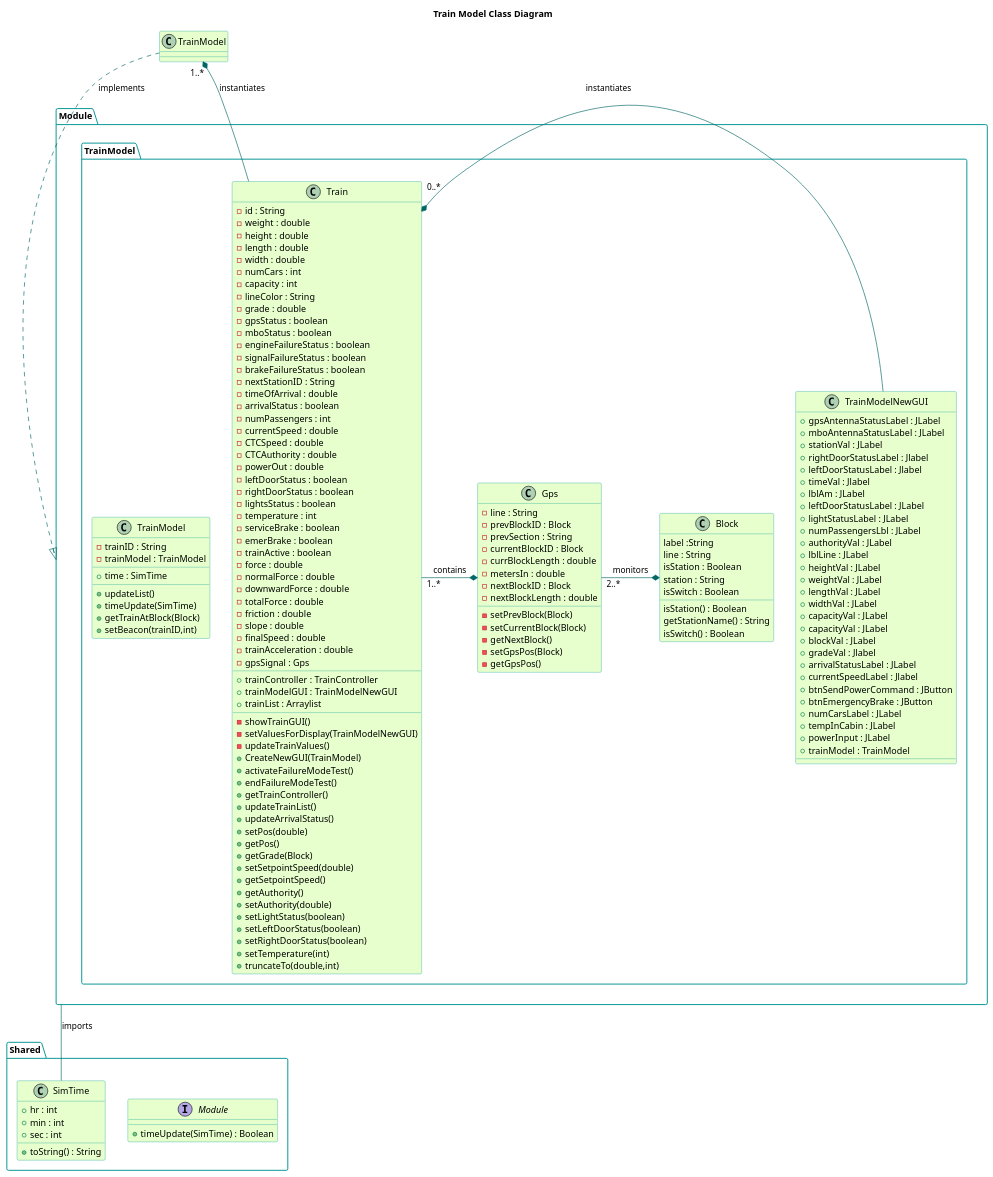
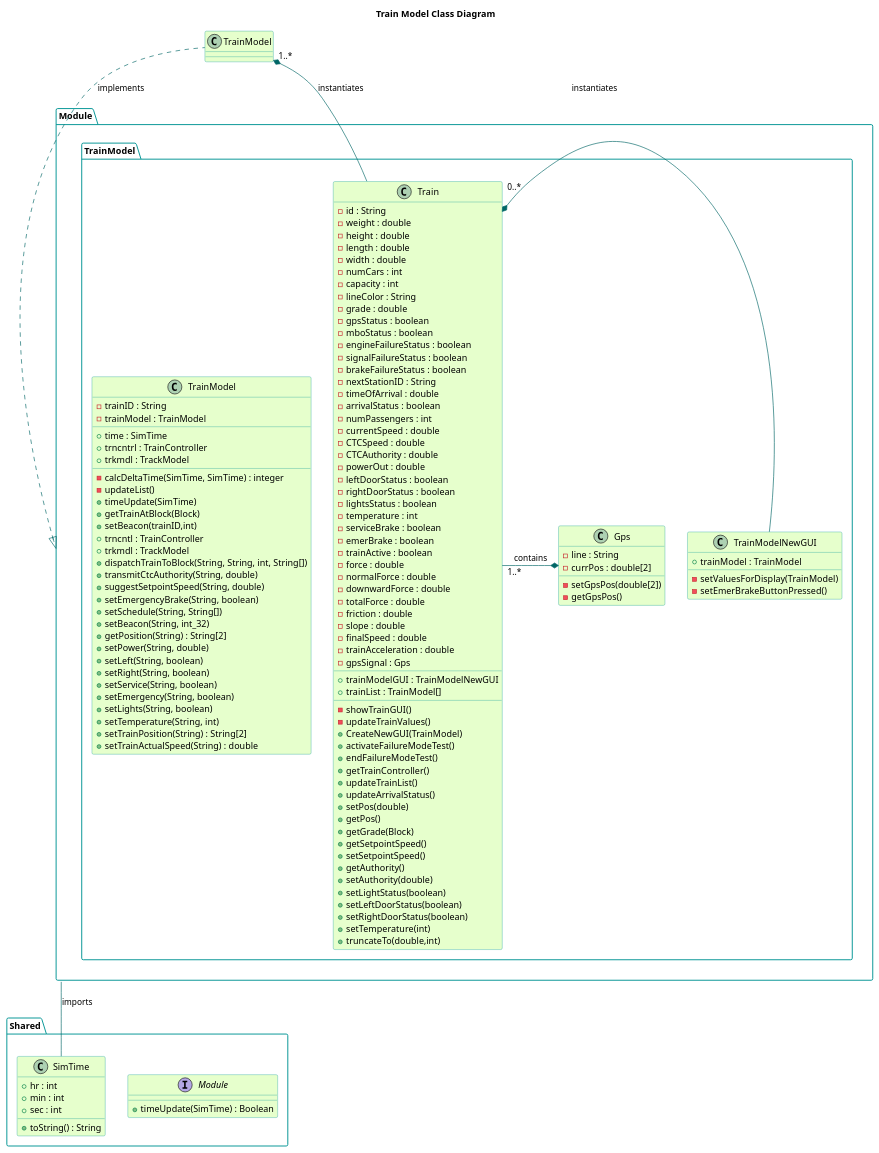
One commit to kevingilboy/COE1186 changed the diagram in TrainSystem/yUML/Class Diagrams/TrainModelClassDiagram.puml. Above: the diagram before and after it, drawn with PlantUML. The commit also changed 5 other files, not shown here.

```diff
--- a/TrainSystem/yUML/Class Diagrams/TrainModelClassDiagram.puml
+++ b/TrainSystem/yUML/Class Diagrams/TrainModelClassDiagram.puml
@@ -1,170 +1,145 @@
 @startuml
 
 title Train Model Class Diagram
 'skinparam backgroundColor transparent'
 skinparam classBackgroundColor #e6ffcc
 skinparam classBorderColor 	#049595
 skinparam packageBorderCOlor  #049595
 skinparam arrowColor #006666
 
 package Shared{
   interface Module{
     +timeUpdate(SimTime) : Boolean
   }
   class SimTime{
     +hr : int
     +min : int
     +sec : int
     +toString() : String
   }
 }
 package Module.TrainModel {
     class TrainModel {
         -trainID : String
         -trainModel : TrainModel
         __
         +time : SimTime
+        +trncntrl : TrainController
+        +trkmdl : TrackModel
         __
-        +updateList()
+        -calcDeltaTime(SimTime, SimTime) : integer
+        -updateList()
         +timeUpdate(SimTime)
         +getTrainAtBlock(Block)
         +setBeacon(trainID,int)
+        +trncntl : TrainController
+		+trkmdl : TrackModel
+		+dispatchTrainToBlock(String, String, int, String[])
+		+transmitCtcAuthority(String, double)
+		+suggestSetpointSpeed(String, double)
+		+setEmergencyBrake(String, boolean)
+		+setSchedule(String, String[])
+		+setBeacon(String, int_32)
+		+getPosition(String) : String[2]
+		+setPower(String, double)
+		+setLeft(String, boolean)
+		+setRight(String, boolean)
+		+setService(String, boolean)
+		+setEmergency(String, boolean)
+		+setLights(String, boolean)
+		+setTemperature(String, int)
+		+setTrainPosition(String) : String[2]
+		+setTrainActualSpeed(String) : double
     }
 
     class Train {
         -id : String
         -weight : double
         -height : double
         -length : double
         -width : double
         -numCars : int
         -capacity : int
         -lineColor : String
         -grade : double
         -gpsStatus : boolean
         -mboStatus : boolean
         -engineFailureStatus : boolean
         -signalFailureStatus : boolean
         -brakeFailureStatus : boolean
         -nextStationID : String
         -timeOfArrival : double
         -arrivalStatus : boolean
         -numPassengers : int
         -currentSpeed : double
         -CTCSpeed : double
         -CTCAuthority : double
         -powerOut : double
         -leftDoorStatus : boolean
         -rightDoorStatus : boolean
         -lightsStatus : boolean
         -temperature : int
         -serviceBrake : boolean
         -emerBrake : boolean
         -trainActive : boolean
         -force : double
         -normalForce : double
         -downwardForce : double
         -totalForce : double
         -friction : double
         -slope : double
         -finalSpeed : double
         -trainAcceleration : double
         -gpsSignal : Gps
         __
-        +trainController : TrainController
         +trainModelGUI : TrainModelNewGUI
-        +trainList : Arraylist
+        +trainList : TrainModel[]
         __
         -showTrainGUI()
-        -setValuesForDisplay(TrainModelNewGUI)
         -updateTrainValues()
         +CreateNewGUI(TrainModel)
         +activateFailureModeTest()
         +endFailureModeTest()
         +getTrainController()
         +updateTrainList()
         +updateArrivalStatus()
         +setPos(double)
         +getPos()
         +getGrade(Block)
-        +setSetpointSpeed(double)
         +getSetpointSpeed()
+        +setSetpointSpeed()
         +getAuthority()
         +setAuthority(double)
         +setLightStatus(boolean)
         +setLeftDoorStatus(boolean)
         +setRightDoorStatus(boolean)
         +setTemperature(int)
         +truncateTo(double‚int)
     }
 
     class Gps{
         -line : String
-        -prevBlockID : Block
-        -prevSection : String
-        -currentBlockID : Block
-        -currBlockLength : double
-        -metersIn : double
-        -nextBlockID : Block
-        -nextBlockLength : double
+        -currPos : double[2]
         __
-        -setPrevBlock(Block)
-        -setCurrentBlock(Block)
-        -getNextBlock()
-        -setGpsPos(Block)
+        -setGpsPos(double[2])
         -getGpsPos()
     }
-    
-    class Block{
-        label :String
-        line : String
-        isStation : Boolean
-        station : String
-        isSwitch : Boolean
-        isStation() : Boolean
-        getStationName() : String
-        isSwitch() : Boolean
-    }
+
 
     class TrainModelNewGUI{
-        +gpsAntennaStatusLabel : JLabel
-        +mboAntennaStatusLabel : JLabel
-        +stationVal : JLabel
-        +rightDoorStatusLabel : Jlabel
-        +leftDoorStatusLabel : Jlabel
-        +timeVal : Jlabel
-        +lblAm : JLabel
-        +leftDoorStatusLabel : JLabel
-        +lightStatusLabel : JLabel
-        +numPassengersLbl : JLabel
-        +authorityVal : JLabel
-        +lblLine : JLabel
-        +heightVal : JLabel
-        +weightVal : JLabel
-        +lengthVal : JLabel
-        +widthVal : JLabel
-        +capacityVal : JLabel
-        +capacityVal : JLabel
-        +blockVal : JLabel
-        +gradeVal : Jlabel
-        +arrivalStatusLabel : JLabel
-        +currentSpeedLabel : Jlabel
-        +btnSendPowerCommand : JButton
-        +btnEmergencyBrake : JButton
-        +numCarsLabel : JLabel
-        +tempInCabin : JLabel
-        +powerInput : JLabel
         +trainModel : TrainModel
+        __
+        -setValuesForDisplay(TrainModel)
+        -setEmerBrakeButtonPressed()
     }
 }
 
 Module--SimTime : imports
 
 Module <|. TrainModel : implements
 
 TrainModel "1..*"*-down- Train : instantiates
 Train "0..*"*- TrainModelNewGUI : instantiates
 Train "1..*"-* Gps : contains
-Gps "2..*"-* Block : monitors
 
 @enduml
```
